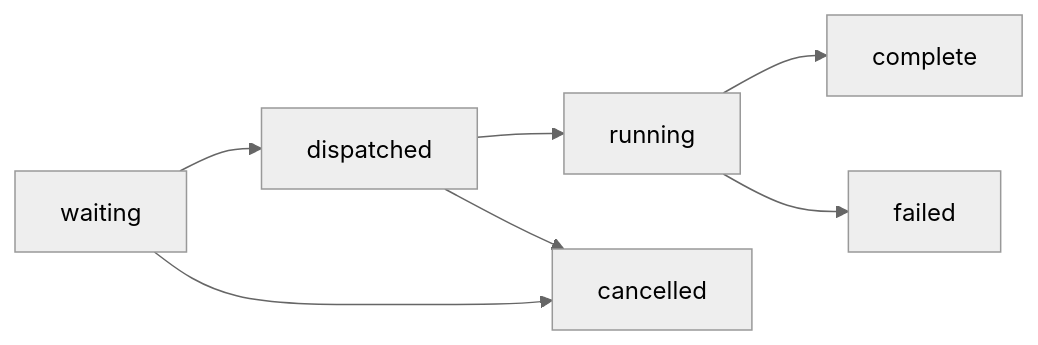
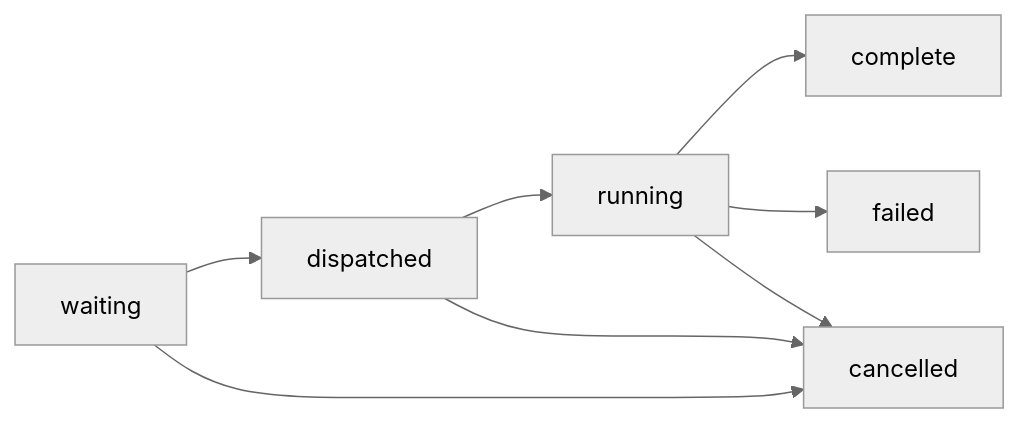
Before and after one commit to rendobar/docs: the second of 2 diagrams in concepts/job.mdx, drawn with Mermaid (neutral theme). The commit also changed other lines of this file and 1 other file, not shown here.

````diff
--- a/concepts/job.mdx
+++ b/concepts/job.mdx
@@ -61,7 +61,8 @@
 ```mermaid
 flowchart LR
     waiting --> dispatched --> running --> complete
     running --> failed
     waiting --> cancelled
     dispatched --> cancelled
+    running --> cancelled
 ```
````
